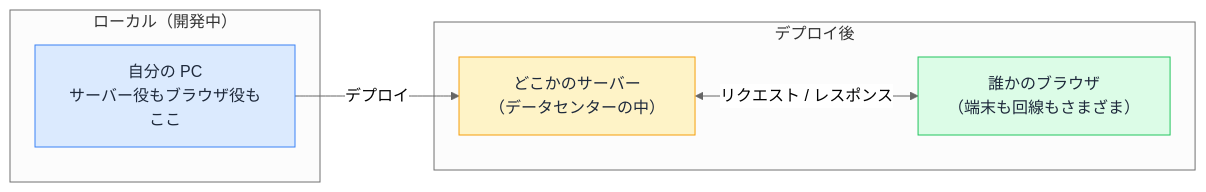
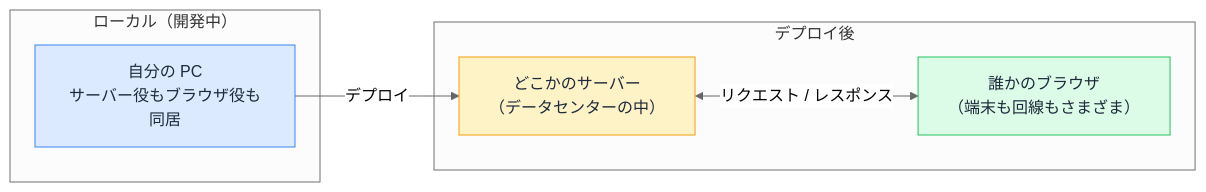
Before and after one commit to ozaki25/web-front-training-ozaki25: the diagram in docs/drafts/114/index.md, drawn with Mermaid (neutral theme).

Commit message:
114: Mermaid図の文字崩れを修正（「ここ」が読めない文字化けになっていた）
Claude-Session: https://claude.ai/code/session_01VBuKGSzVmu6184hRMdwGoV

````diff
--- a/docs/drafts/114/index.md
+++ b/docs/drafts/114/index.md
@@ -25,15 +25,15 @@
 ```mermaid
 flowchart LR
   subgraph local["ローカル（開発中）"]
-    dev["自分の PC<br>サーバー役もブラウザ役もここ"]
+    dev["自分の PC<br>サーバー役もブラウザ役も同居"]
   end
   subgraph prod["デプロイ後"]
     server["どこかのサーバー<br>（データセンターの中）"]
     browser["誰かのブラウザ<br>（端末も回線もさまざま）"]
     server <-->|"リクエスト / レスポンス"| browser
   end
   dev -->|"デプロイ"| server
   style dev fill:#dbeafe,color:#1e293b,stroke:#3b82f6
   style server fill:#fef3c7,color:#1e293b,stroke:#f59e0b
   style browser fill:#dcfce7,color:#1e293b,stroke:#22c55e
 ```
````
